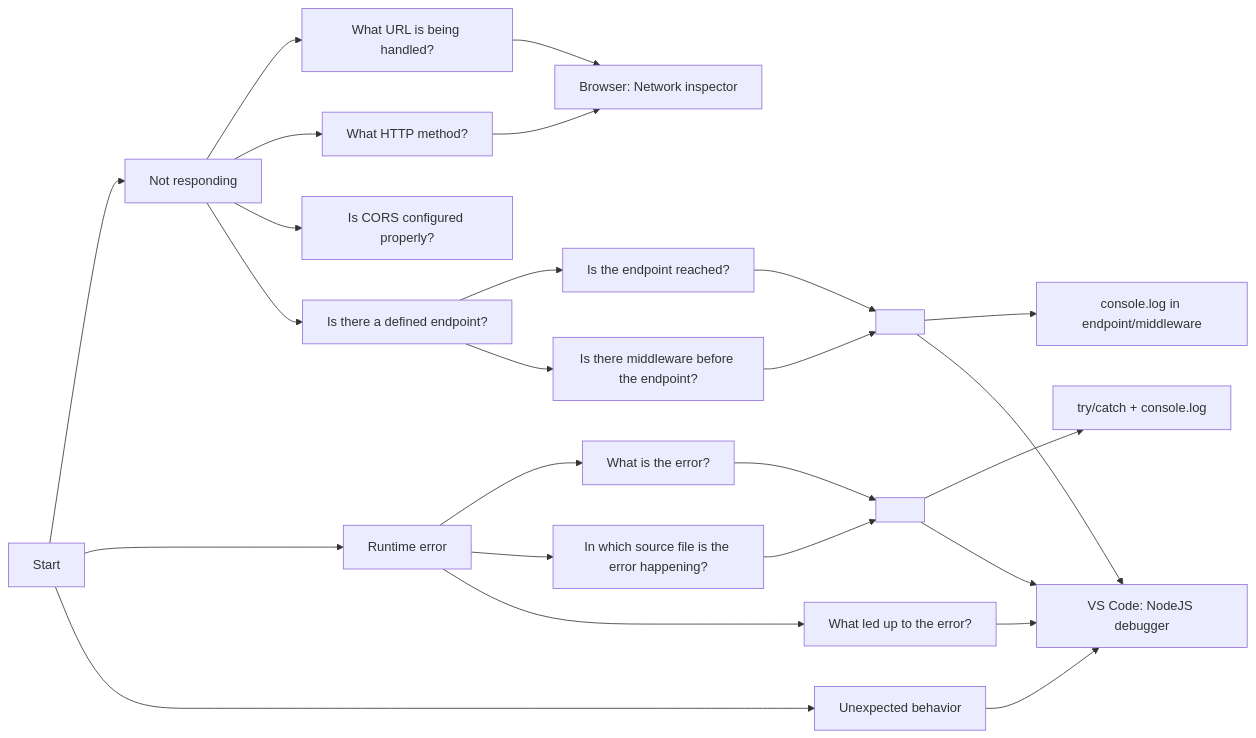
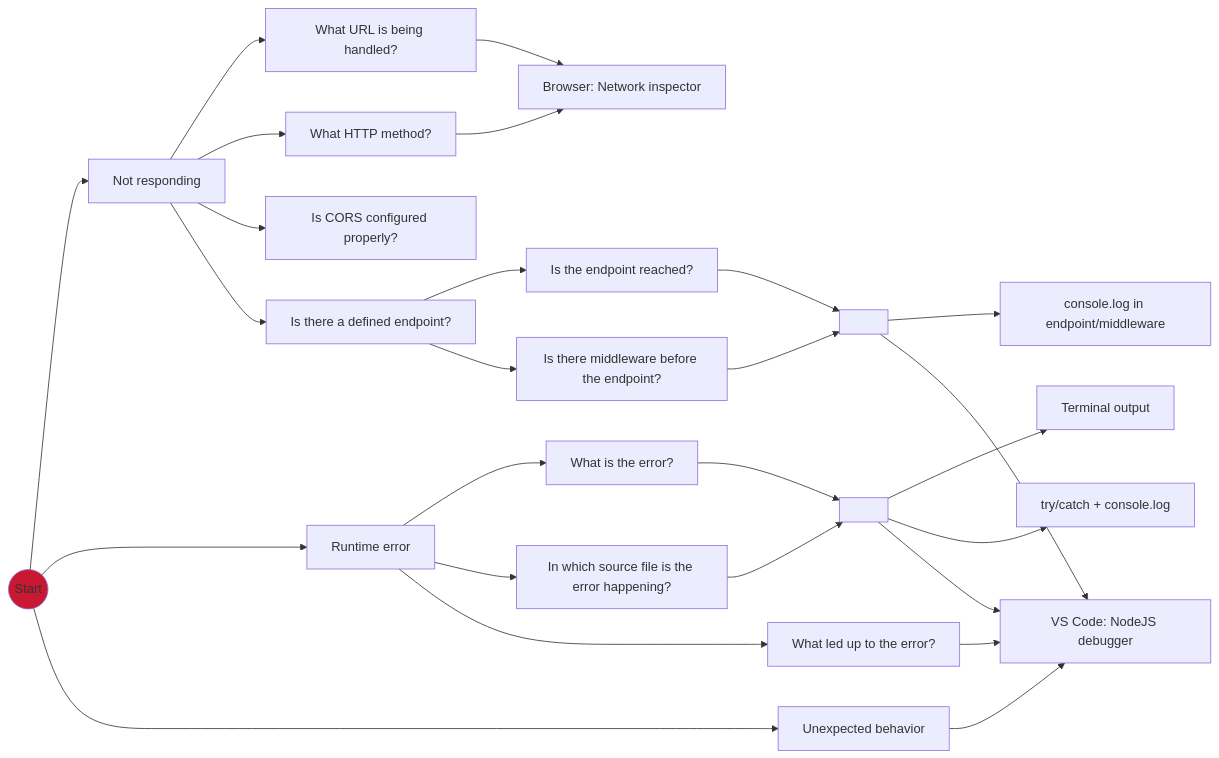
One commit to zspitz/debuggingProcess changed the fourth of 5 diagrams in README.md. Above: the diagram before and after it, drawn with Mermaid. The commit also changed other lines of this file, not shown here.

Commit message:
Style start nodes

````diff
--- a/README.md
+++ b/README.md
@@ -78,14 +84,16 @@
 ```mermaid
 graph LR
-N011[Start] --> N085[Not responding] --> N086[What URL is being handled?] & N087[What HTTP method?] --> N088[Browser: Network inspector]
+Start((Start)) --> N085[Not responding] --> N086[What URL is being handled?] & N087[What HTTP method?] --> N088[Browser: Network inspector]
 
 N085 --> N089[Is CORS configured properly?]
 
 N085 --> N090[Is there a defined endpoint?] --> N091[Is the endpoint reached?] & N092[Is there middleware before the endpoint?] --> N093[ ] --> N094[console.log in endpoint/middleware] & N095[VS Code: NodeJS debugger]
 
-N011 --> N096[Runtime error] --> N097[What is the error?] & N098[In which source file is the error happening?] --> N099[ ] --> N100[try/catch + console.log] & N095[VS Code: NodeJS debugger]
+Start --> N096[Runtime error] --> N097[What is the error?] & N098[In which source file is the error happening?] --> N099[ ] --> N104[Terminal output] & N100[try/catch + console.log] & N095[VS Code: NodeJS debugger]
 
 N096 --> N102[What led up to the error?] --> N095
 
-N011 --> N103[Unexpected behavior] --> N095
+Start --> N103[Unexpected behavior] --> N095
+
+style Start fill:#c91831
 ```
````
